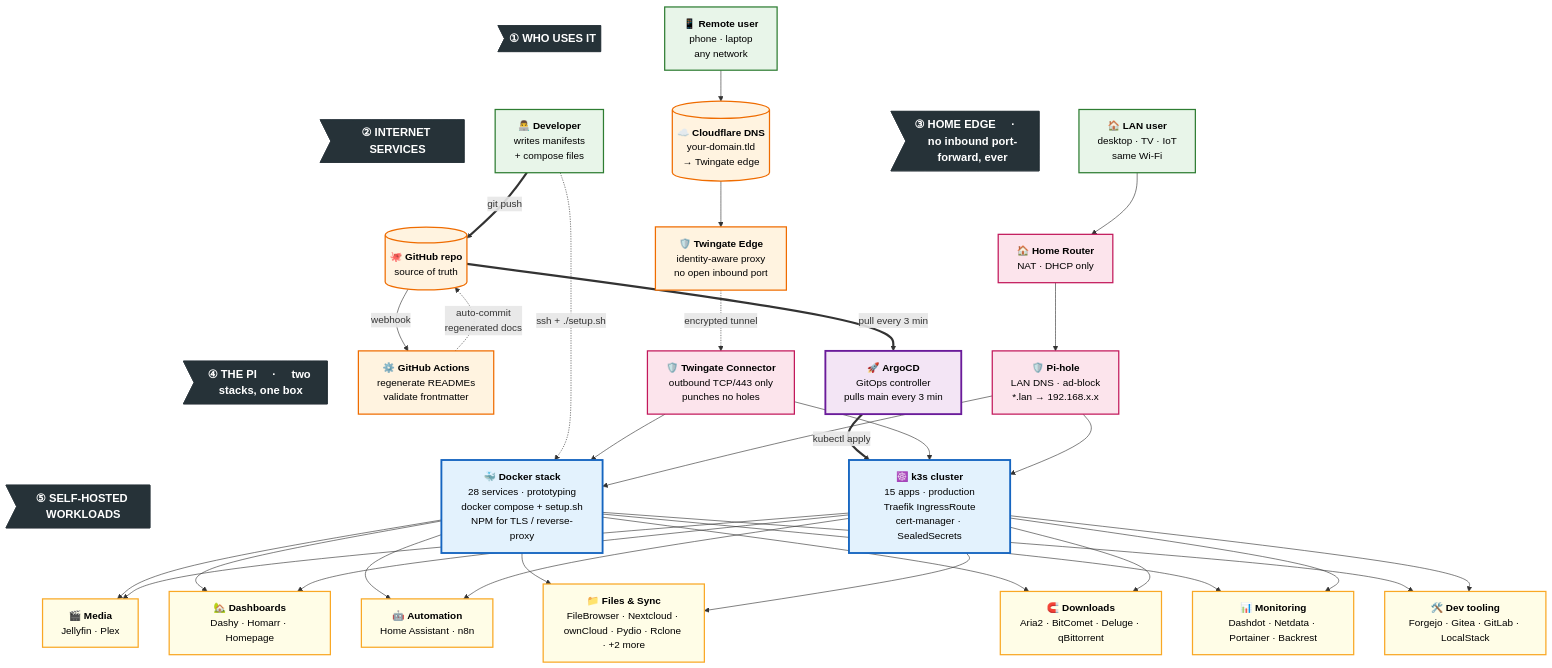
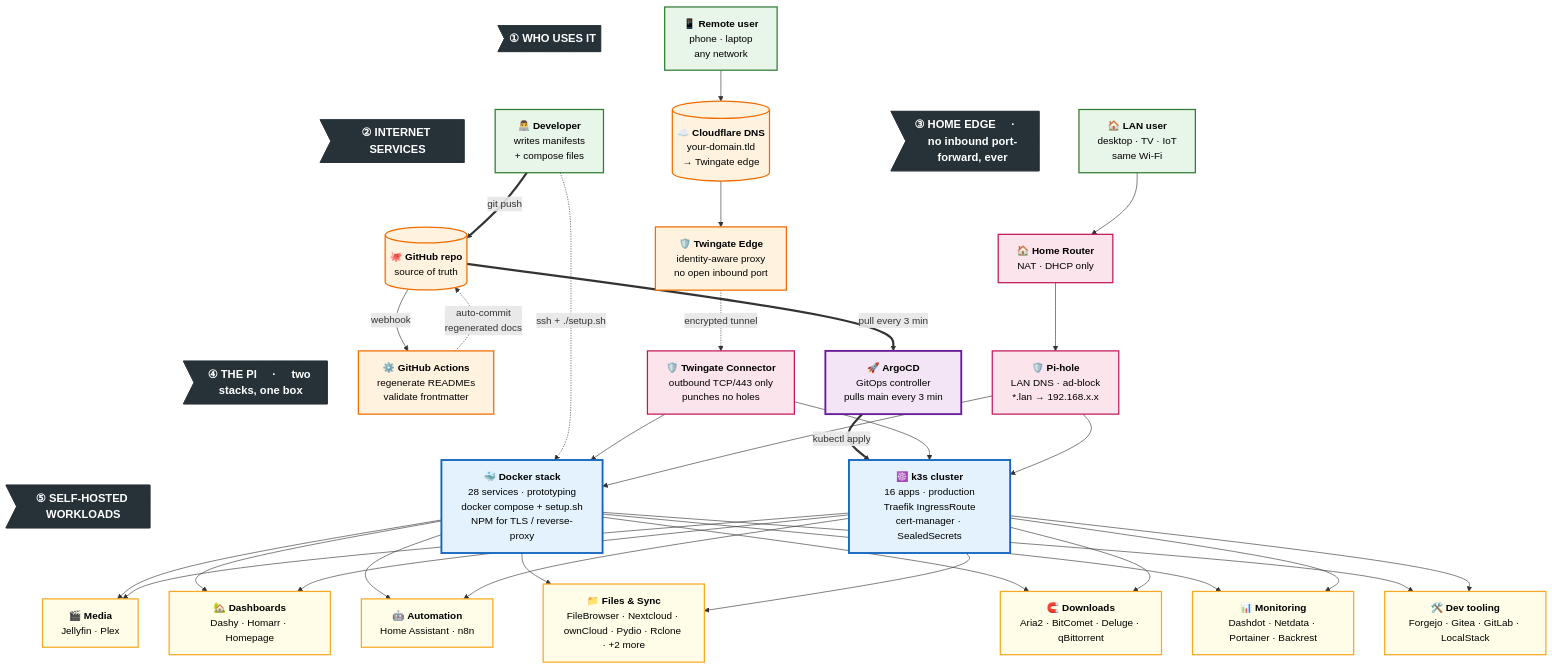
The diagram in README.md (Thre4dripper/Home-Server-Lab), drawn with Mermaid before and after one commit. The commit also changed other lines of this file and 7 other files, not shown here.

```diff
--- a/README.md
+++ b/README.md
@@ -98,7 +98,7 @@
     %% ─── TIER 4 · the Pi ────────────────────────────────────────────────
     Docker[🐳 <b>Docker stack</b><br/>28 services · prototyping<br/>docker compose + setup.sh<br/>NPM for TLS / reverse-proxy]
     Argo[🚀 <b>ArgoCD</b><br/>GitOps controller<br/>pulls main every 3 min]
-    K3s[☸️ <b>k3s cluster</b><br/>15 apps · production<br/>Traefik IngressRoute<br/>cert-manager · SealedSecrets]
+    K3s[☸️ <b>k3s cluster</b><br/>16 apps · production<br/>Traefik IngressRoute<br/>cert-manager · SealedSecrets]
 
 
     %% ─── TIER 5 · self-hosted workloads (auto-generated) ────────────────
```
